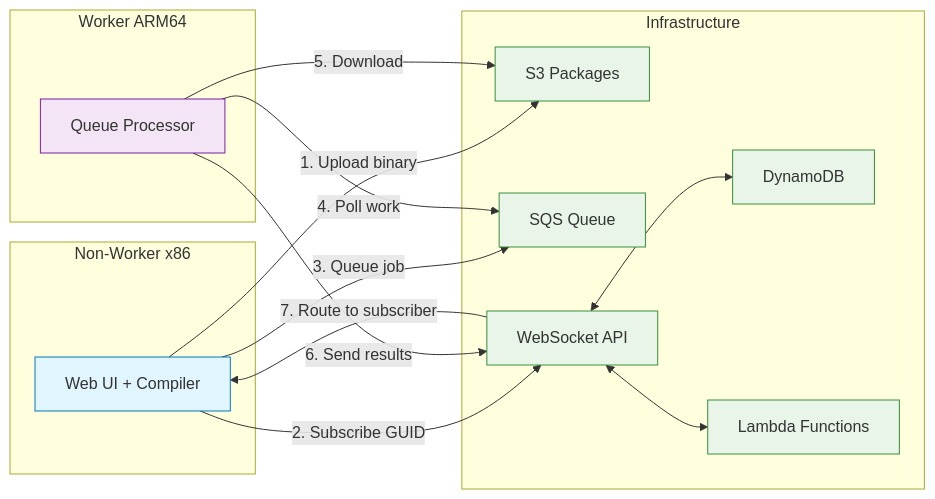
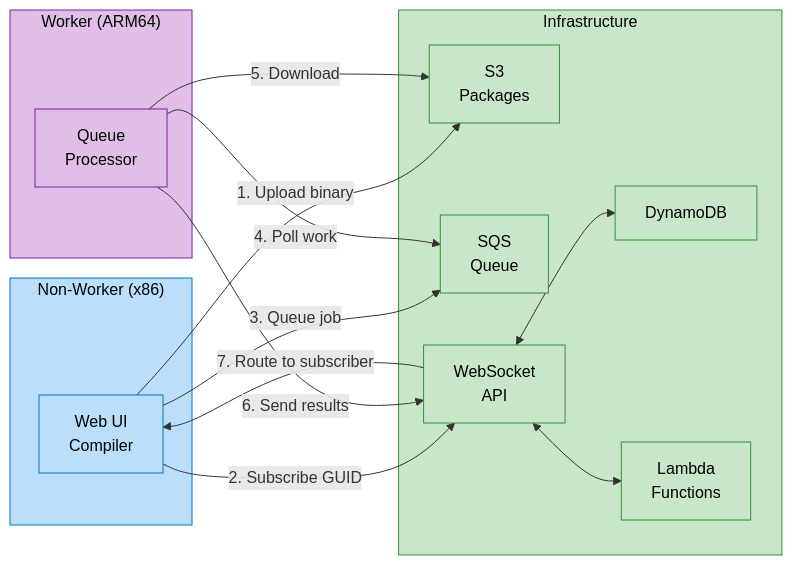
One commit to compiler-explorer/infra changed the second of 2 diagrams in docs/aarch64_execution_workflow.md. Above: the diagram before and after it, drawn with Mermaid.

````diff
--- a/docs/aarch64_execution_workflow.md
+++ b/docs/aarch64_execution_workflow.md
@@ -93,39 +93,45 @@
 ```mermaid
 flowchart LR
-    subgraph nw [Non-Worker x86]
-        NW[Web UI + Compiler]
+    subgraph nw ["Non-Worker (x86)"]
+        NW["Web UI<br/>Compiler"]
     end
 
-    subgraph w [Worker ARM64]
-        W[Queue Processor]
+    subgraph w ["Worker (ARM64)"]
+        WK["Queue<br/>Processor"]
     end
 
-    subgraph infra [Infrastructure]
-        S3[S3 Packages]
-        SQS[SQS Queue]
-        WS[WebSocket API]
-        DDB[DynamoDB]
-        LMB[Lambda Functions]
+    subgraph infra ["Infrastructure"]
+        S3["S3<br/>Packages"]
+        SQS["SQS<br/>Queue"]
+        WS["WebSocket<br/>API"]
+        DDB["DynamoDB"]
+        LMB["Lambda<br/>Functions"]
     end
 
-    NW -->|1. Upload binary| S3
-    NW -->|2. Subscribe GUID| WS
-    NW -->|3. Queue job| SQS
+    NW -->|"1. Upload binary"| S3
+    NW -->|"2. Subscribe GUID"| WS
+    NW -->|"3. Queue job"| SQS
 
-    W -->|4. Poll work| SQS
-    W -->|5. Download| S3
-    W -->|6. Send results| WS
+    WK -->|"4. Poll work"| SQS
+    WK -->|"5. Download"| S3
+    WK -->|"6. Send results"| WS
 
-    WS -->|7. Route to subscriber| NW
+    WS -->|"7. Route to subscriber"| NW
 
     WS <--> DDB
     WS <--> LMB
 
-    classDef nonWorker fill:#e1f5fe,stroke:#0277bd
-    classDef worker fill:#f3e5f5,stroke:#7b1fa2
-    classDef service fill:#e8f5e8,stroke:#388e3c
+    classDef nonWorker fill:#bbdefb,stroke:#0277bd,color:#000
+    classDef worker fill:#e1bee7,stroke:#7b1fa2,color:#000
+    classDef service fill:#c8e6c9,stroke:#388e3c,color:#000
+    classDef subgraphNonWorker fill:#bbdefb,stroke:#0277bd,color:#000
+    classDef subgraphWorker fill:#e1bee7,stroke:#7b1fa2,color:#000
+    classDef subgraphService fill:#c8e6c9,stroke:#388e3c,color:#000
 
     class NW nonWorker
-    class W worker
+    class WK worker
     class S3,SQS,WS,DDB,LMB service
+    class nw subgraphNonWorker
+    class w subgraphWorker
+    class infra subgraphService
 ```
````
